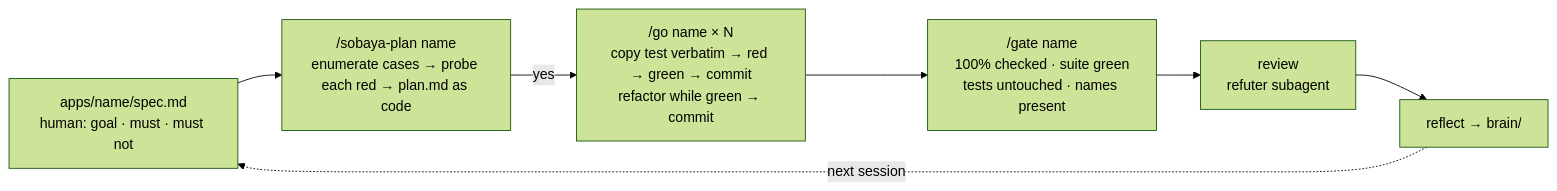
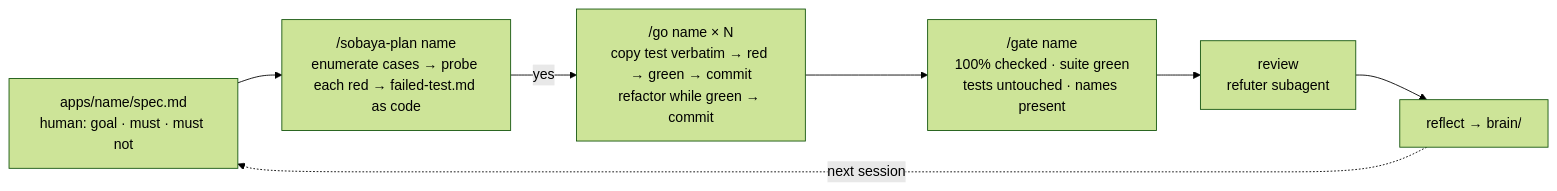
One commit to team-poem/sobaya changed the diagram in README.md. Above: the diagram before and after it, drawn with Mermaid (forest theme). The commit also changed other lines of this file and 17 other files, not shown here.

First line of the commit message:
refactor(tdd-set): The failing-tests document is failed-test.md

````diff
--- a/README.md
+++ b/README.md
@@ -27,9 +27,9 @@
 ```mermaid
 flowchart LR
-    S["apps/name/spec.md<br>human: goal · must · must not"] --> P["/sobaya-plan name<br>enumerate cases → probe each red → plan.md as code"]
+    S["apps/name/spec.md<br>human: goal · must · must not"] --> P["/sobaya-plan name<br>enumerate cases → probe each red → failed-test.md as code"]
     P -- yes --> G["/go name × N<br>copy test verbatim → red → green → commit<br>refactor while green → commit"]
     G --> T["/gate name<br>100% checked · suite green<br>tests untouched · names present"]
     T --> R["review<br>refuter subagent"]
     R --> F["reflect → brain/"]
     F -. next session .-> S
 ```
````
